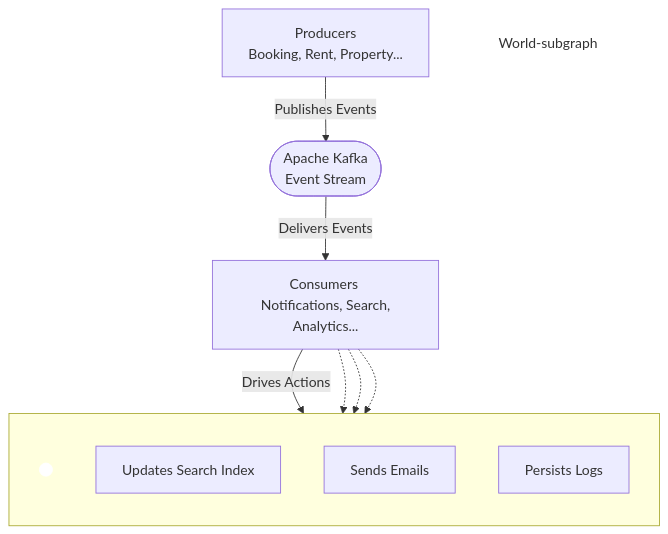
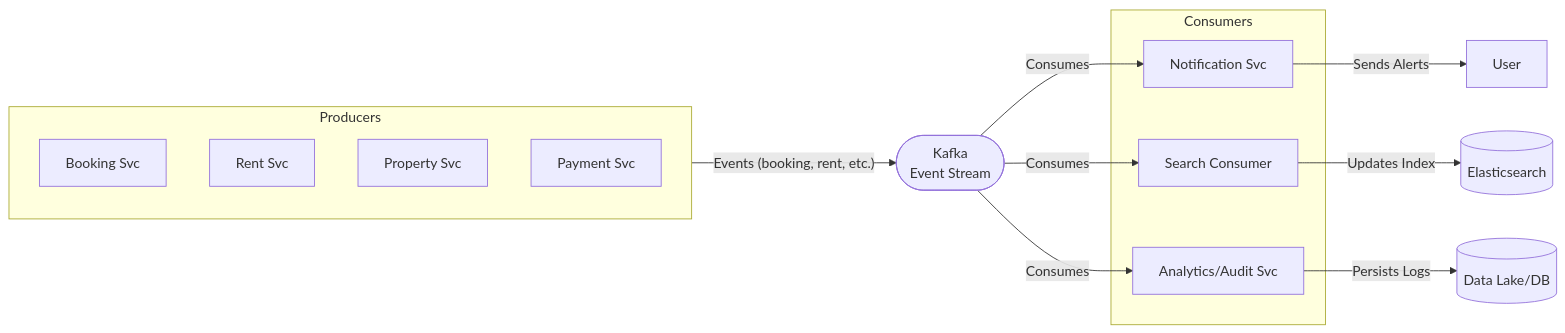
The third of 3 diagrams in README.md (AdilAbubacker/rentezy_backend), drawn with Mermaid before and after one commit. The commit also changed other lines of this file, not shown here.

````diff
--- a/README.md
+++ b/README.md
@@ -404,24 +411,27 @@
 ```mermaid
-graph TD
-    Producers[Producers <br> Booking, Rent, Property... ]
-    Kafka([Apache Kafka <br> Event Stream])
-    Consumers[Consumers <br> Notifications, Search, Analytics... ]
+graph LR
+    subgraph Producers
+        BookingService[Booking Svc]
+        RentService[Rent Svc]
+        PropertyService[Property Svc]
+        PaymentService[Payment Svc]
+    end
 
-    Producers -- "Publishes Events" --> Kafka
-    Kafka -- "Delivers Events" --> Consumers
-    Consumers -- "Drives Actions" --> World(( ))
-    style World fill:#fff,stroke:#fff
+    Kafka([Kafka<br>Event Stream])
 
-    subgraph " "
-    direction TB
-    World
-    Action1[Updates Search Index]
-    Action2[Sends Emails]
-    Action3[Persists Logs]
+    subgraph Consumers
+        NotificationService[Notification Svc]
+        SearchConsumer[Search Consumer]
+        AnalyticsAudit[Analytics/Audit Svc]
     end
-    style World-subgraph fill:#fff,stroke:#fff
 
-    Consumers -.-> Action1
-    Consumers -.-> Action2
-    Consumers -.-> Action3
+    Producers -- "Events (booking, rent, etc.)" --> Kafka
+
+    Kafka -- "Consumes" --> NotificationService
+    Kafka -- "Consumes" --> SearchConsumer
+    Kafka -- "Consumes" --> AnalyticsAudit
+
+    NotificationService -- "Sends Alerts" --> User[User]
+    SearchConsumer -- "Updates Index" --> Elasticsearch[(Elasticsearch)]
+    AnalyticsAudit -- "Persists Logs" --> DataLake[(Data Lake/DB)]
 ```
````
